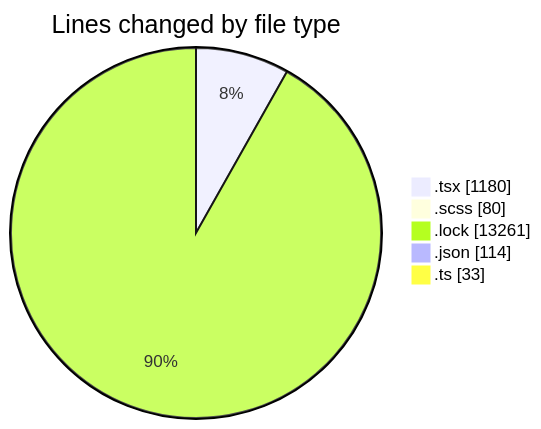
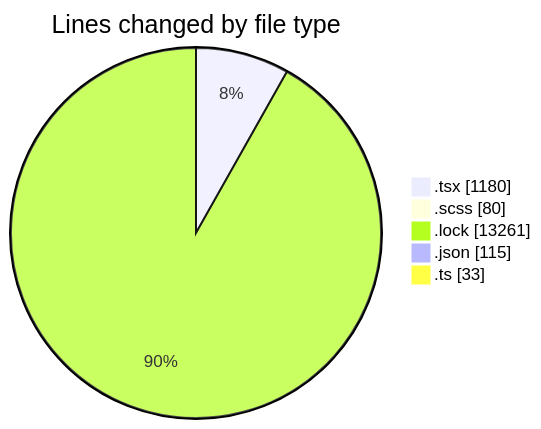
Before and after one commit to momahboobian/code-tracking: the first of 2 diagrams in 2025-05-06/cda/README.md, drawn with Mermaid. The commit also changed other lines of this file and 1 other file, not shown here.

````diff
--- a/2025-05-06/cda/README.md
+++ b/2025-05-06/cda/README.md
@@ -34,9 +34,9 @@
 ```mermaid
 pie showData
 title Lines changed by file type
 ".tsx" : 1180
 ".scss" : 80
 ".lock" : 13261
-".json" : 114
+".json" : 115
 ".ts" : 33
 ```
````
